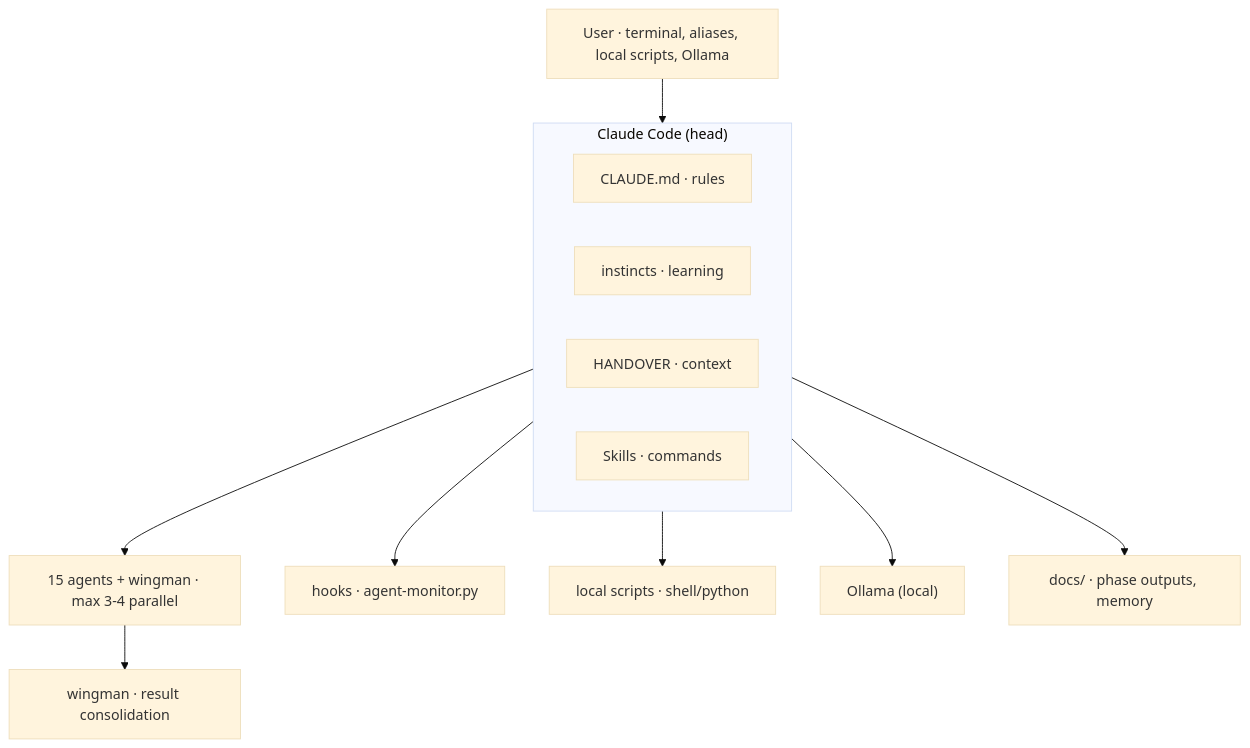
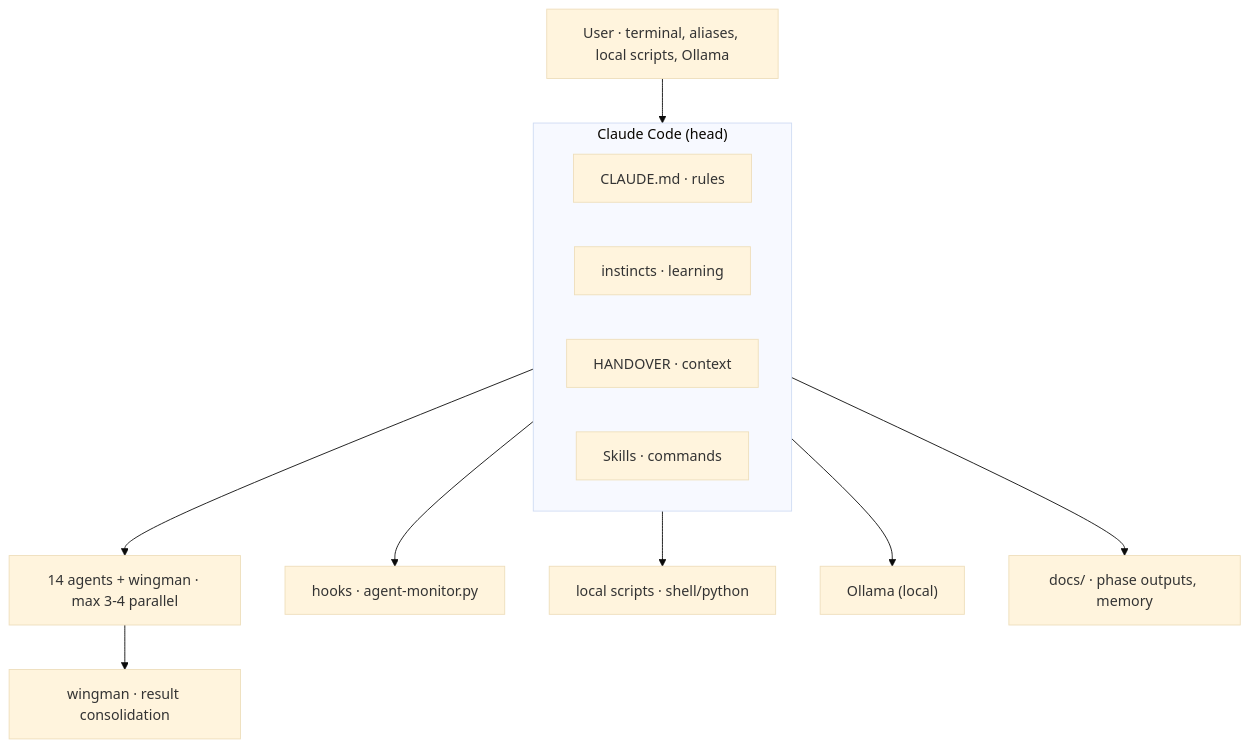
One commit to jonase47/ccpr changed the diagram in Manual/SYSTEM_OVERVIEW.md. Above: the diagram before and after it, drawn with Mermaid (base theme). The commit also changed other lines of this file, not shown here.

````diff
--- a/Manual/SYSTEM_OVERVIEW.md
+++ b/Manual/SYSTEM_OVERVIEW.md
@@ -69,16 +69,16 @@
 ```mermaid
 flowchart TD
     User["User · terminal, aliases, local scripts, Ollama"] --> CC
     subgraph CC["Claude Code (head)"]
         Rules["CLAUDE.md · rules"]
         Inst["instincts · learning"]
         Hand["HANDOVER · context"]
         Skills["Skills · commands"]
     end
-    CC --> Agents["15 agents + wingman · max 3-4 parallel"]
+    CC --> Agents["14 agents + wingman · max 3-4 parallel"]
     Agents --> Wing["wingman · result consolidation"]
     CC --> Hooks["hooks · agent-monitor.py"]
     CC --> Scripts["local scripts · shell/python"]
     CC --> Ollama["Ollama (local)"]
     CC --> Docs["docs/ · phase outputs, memory"]
 ```
````
